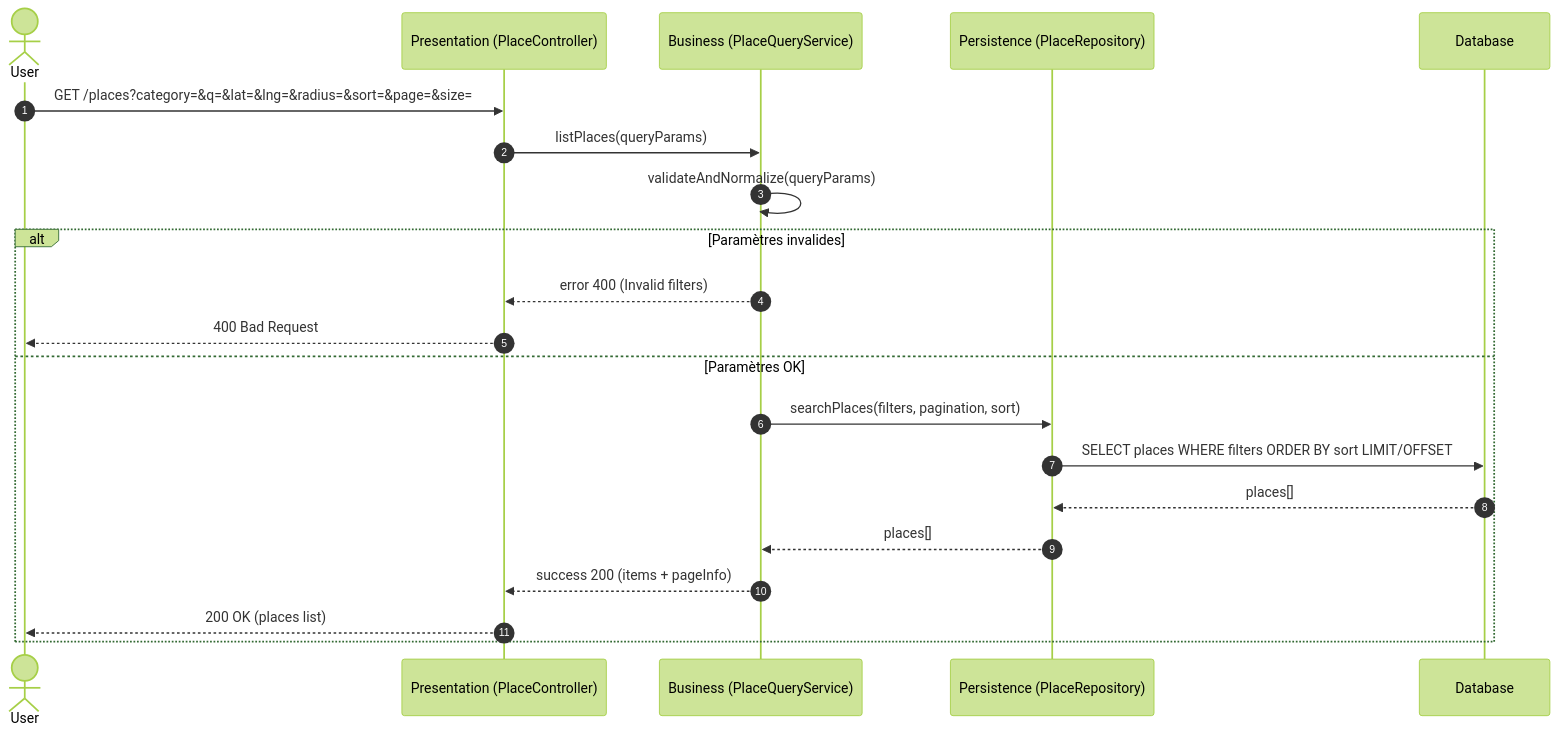
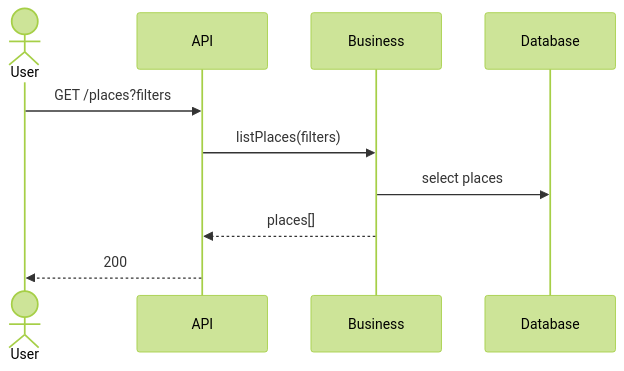
The sixth of 6 diagrams in part1/README.md (lorenzoanselme/holbertonschool-hbnb), drawn with Mermaid (forest theme) before and after one commit. The commit also changed other lines of this file, not shown here.

Commit message:
Refactor: Simplify sequence diagrams for user registration, place creation, and review submission in documentation

````diff
--- a/part1/README.md
+++ b/part1/README.md
@@ -437,27 +368,13 @@
 ```mermaid
 sequenceDiagram
-autonumber
 actor User
-participant API as Presentation (PlaceController)
-participant BL as Business (PlaceQueryService)
-participant Repo as Persistence (PlaceRepository)
+participant API as API
+participant Service as Business
 participant DB as Database
 
-User->>API: GET /places?category=&q=&lat=&lng=&radius=&sort=&page=&size=
-API->>BL: listPlaces(queryParams)
-BL->>BL: validateAndNormalize(queryParams)
-
-alt Paramètres invalides
-  BL-->>API: error 400 (Invalid filters)
-  API-->>User: 400 Bad Request
-else Paramètres OK
-  BL->>Repo: searchPlaces(filters, pagination, sort)
-  Repo->>DB: SELECT places WHERE filters ORDER BY sort LIMIT/OFFSET
-  DB-->>Repo: places[]
-  Repo-->>BL: places[]
-
-  BL-->>API: success 200 (items + pageInfo)
-  API-->>User: 200 OK (places list)
-end
-
+User->>API: GET /places?filters
+API->>Service: listPlaces(filters)
+Service->>DB: select places
+Service-->>API: places[]
+API-->>User: 200
 ```
````
